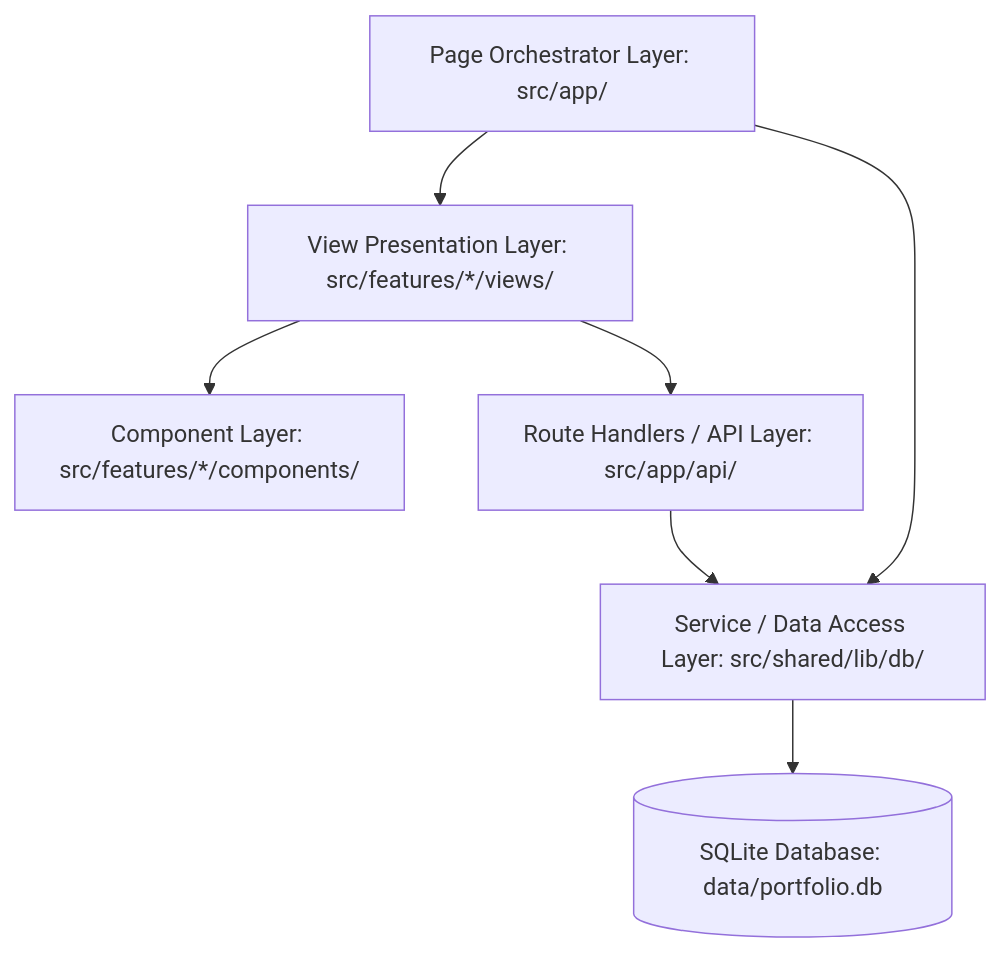
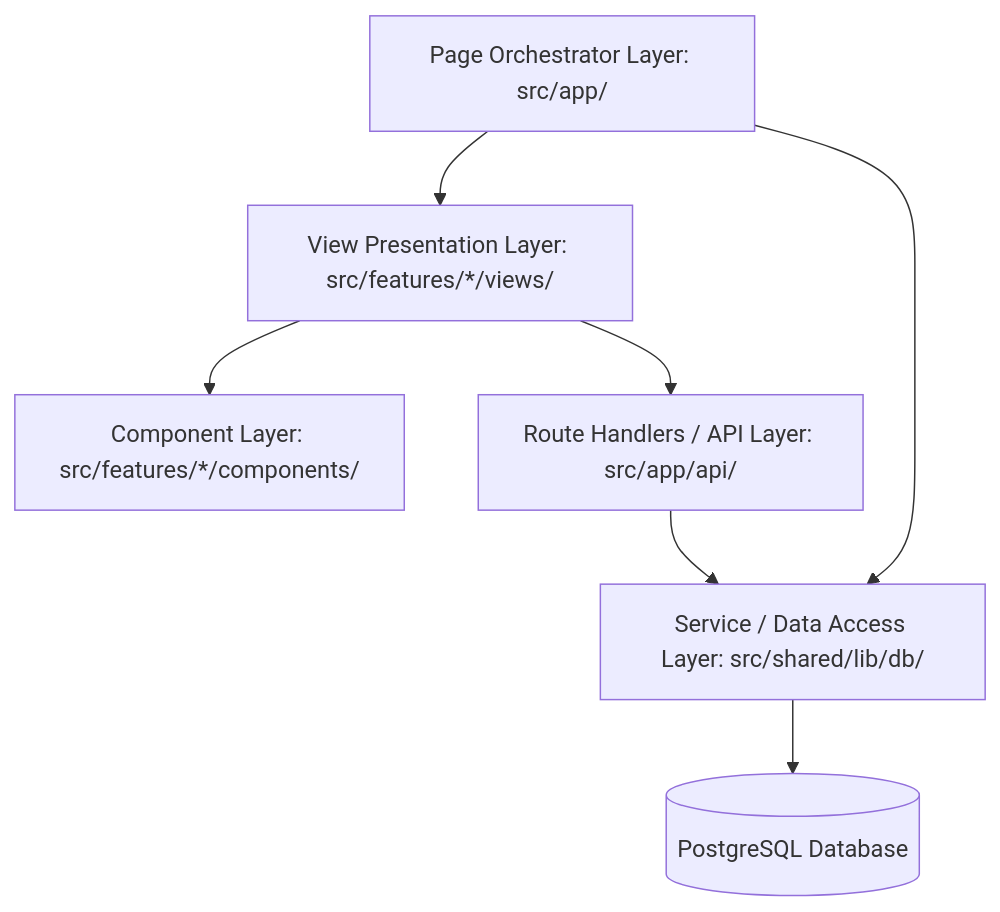
One commit to hasibashari/my-portfolio changed the diagram in docs/architecture.md. Above: the diagram before and after it, drawn with Mermaid. The commit also changed other lines of this file and 5 other files, not shown here.

Commit message:
feat: migrate database from SQLite to PostgreSQL and remove local database files

````diff
--- a/docs/architecture.md
+++ b/docs/architecture.md
@@ -9,9 +9,9 @@
 ```mermaid
 graph TD
   A[Page Orchestrator Layer: src/app/] --> B[View Presentation Layer: src/features/*/views/]
   B --> C[Component Layer: src/features/*/components/]
   A --> D[Service / Data Access Layer: src/shared/lib/db/]
   B --> E[Route Handlers / API Layer: src/app/api/]
   E --> D
-  D --> F[(SQLite Database: data/portfolio.db)]
+  D --> F[(PostgreSQL Database)]
 ```
````
